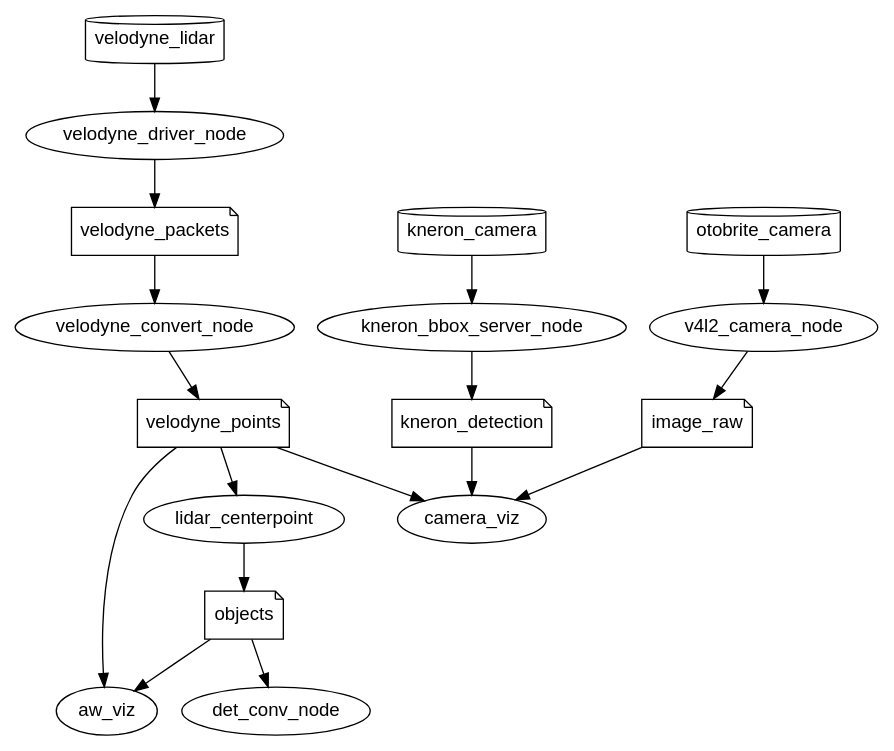
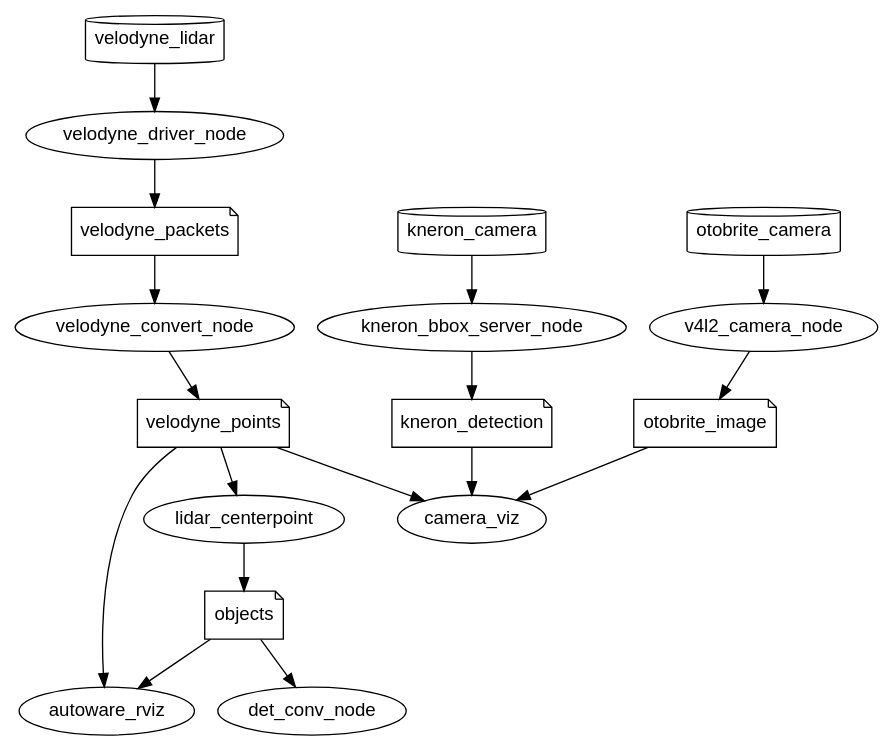
One commit to NEWSLabNTU/2022-10-mih-demo changed the diagram in doc/ARCHITECTURE.dot. Above: the diagram before and after it, drawn with Graphviz. The commit also changed 2 other files, not shown here.

Commit message:
Update README. Change the command to capture Otobrite video and update architecture picture.

```diff
--- a/doc/ARCHITECTURE.dot
+++ b/doc/ARCHITECTURE.dot
@@ -1,41 +1,41 @@
 digraph architecture {
         fontname="Helvetica,Arial,sans-serif"
         node [fontname="Helvetica,Arial,sans-serif"]
         edge [fontname="Helvetica,Arial,sans-serif"]
 
         node [shape=cylinder]; velodyne_lidar; otobrite_camera; kneron_camera;
-	node [shape=ellipse]; velodyne_driver_node; velodyne_convert_node; camera_viz; aw_viz; lidar_centerpoint; kneron_bbox_server_node; v4l2_camera_node; det_conv_node;
-	node [shape=note]; velodyne_packets; velodyne_points; kneron_detection; image_raw; objects;
+	node [shape=ellipse]; velodyne_driver_node; velodyne_convert_node; camera_viz; autoware_rviz; lidar_centerpoint; kneron_bbox_server_node; v4l2_camera_node; det_conv_node;
+	node [shape=note]; velodyne_packets; velodyne_points; kneron_detection; otobrite_image; objects;
 
         // Velodyne 32C lidar device
         velodyne_lidar -> velodyne_driver_node
 
         // Otobrite camera device
         otobrite_camera -> v4l2_camera_node
         
         // Kneron camera device
         kneron_camera -> kneron_bbox_server_node
         
         // topic velodyne_packets
         velodyne_driver_node -> velodyne_packets
         velodyne_packets -> velodyne_convert_node
         
         // topic velodyne_points
         velodyne_convert_node -> velodyne_points
         velodyne_points -> camera_viz
-        velodyne_points -> aw_viz
+        velodyne_points -> autoware_rviz
         velodyne_points -> lidar_centerpoint
 
         // topic kneron_detecion
         kneron_bbox_server_node -> kneron_detection
         kneron_detection -> camera_viz
 
-        // topic image_raw
-        v4l2_camera_node -> image_raw
-        image_raw -> camera_viz
+        // topic otobrite_image
+        v4l2_camera_node -> otobrite_image
+        otobrite_image -> camera_viz
 
         // topic objects
         lidar_centerpoint -> objects
-        objects -> aw_viz
+        objects -> autoware_rviz
         objects -> det_conv_node
 }
```
